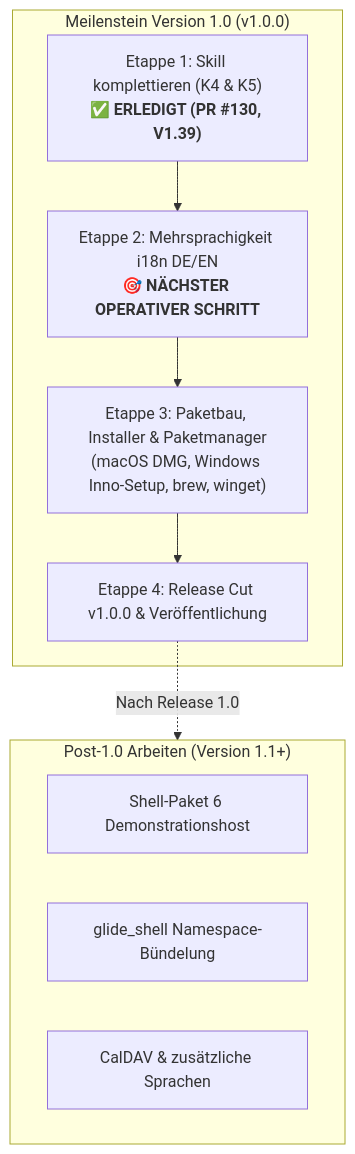
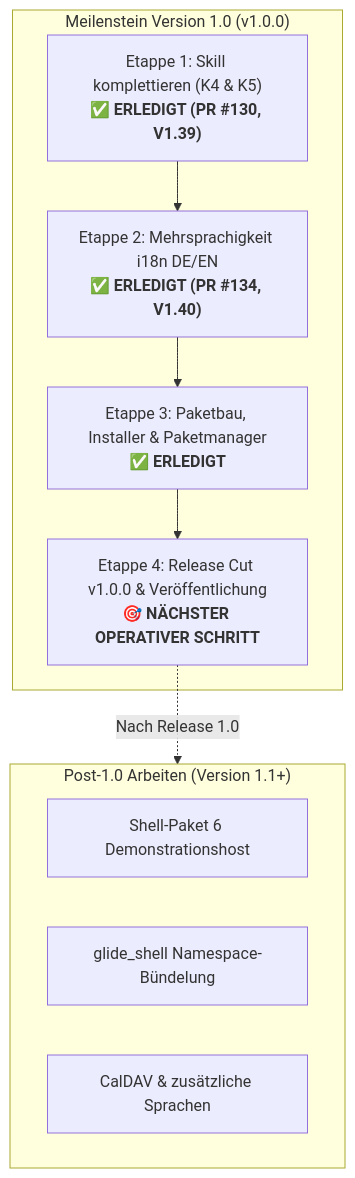
One commit to n05a-design/glide-to-do changed the second of 2 diagrams in 00_Arbeitsvorbereitung/Glide_Uebergabe.md. Above: the diagram before and after it, drawn with Mermaid. The commit also changed other lines of this file and 12 other files, not shown here.

Commit message:
feat(packaging): Inno-Setup-Installer, Homebrew Cask und winget Manifeste (Meilenstein 1.0 Etappe 3) (#135)

````diff
--- a/00_Arbeitsvorbereitung/Glide_Uebergabe.md
+++ b/00_Arbeitsvorbereitung/Glide_Uebergabe.md
@@ -87,18 +87,18 @@
 ```mermaid
 flowchart TD
     subgraph MEILENSTEIN ["Meilenstein Version 1.0 (v1.0.0)"]
         E1["Etappe 1: Skill komplettieren (K4 & K5)<br/><b>✅ ERLEDIGT (PR #130, V1.39)</b>"]
-        E2["Etappe 2: Mehrsprachigkeit i18n DE/EN<br/><b>🎯 NÄCHSTER OPERATIVER SCHRITT</b>"]
-        E3["Etappe 3: Paketbau, Installer & Paketmanager<br/>(macOS DMG, Windows Inno-Setup, brew, winget)"]
-        E4["Etappe 4: Release Cut v1.0.0 & Veröffentlichung"]
+        E2["Etappe 2: Mehrsprachigkeit i18n DE/EN<br/><b>✅ ERLEDIGT (PR #134, V1.40)</b>"]
+        E3["Etappe 3: Paketbau, Installer & Paketmanager<br/><b>✅ ERLEDIGT</b>"]
+        E4["Etappe 4: Release Cut v1.0.0 & Veröffentlichung<br/><b>🎯 NÄCHSTER OPERATIVER SCHRITT</b>"]
         E1 --> E2 --> E3 --> E4
     end
 
     subgraph POST ["Post-1.0 Arbeiten (Version 1.1+)"]
         P1["Shell-Paket 6 Demonstrationshost"]
         P2["glide_shell Namespace-Bündelung"]
         P3["CalDAV & zusätzliche Sprachen"]
     end
 
     E4 -.->|Nach Release 1.0| POST
 ```
````
